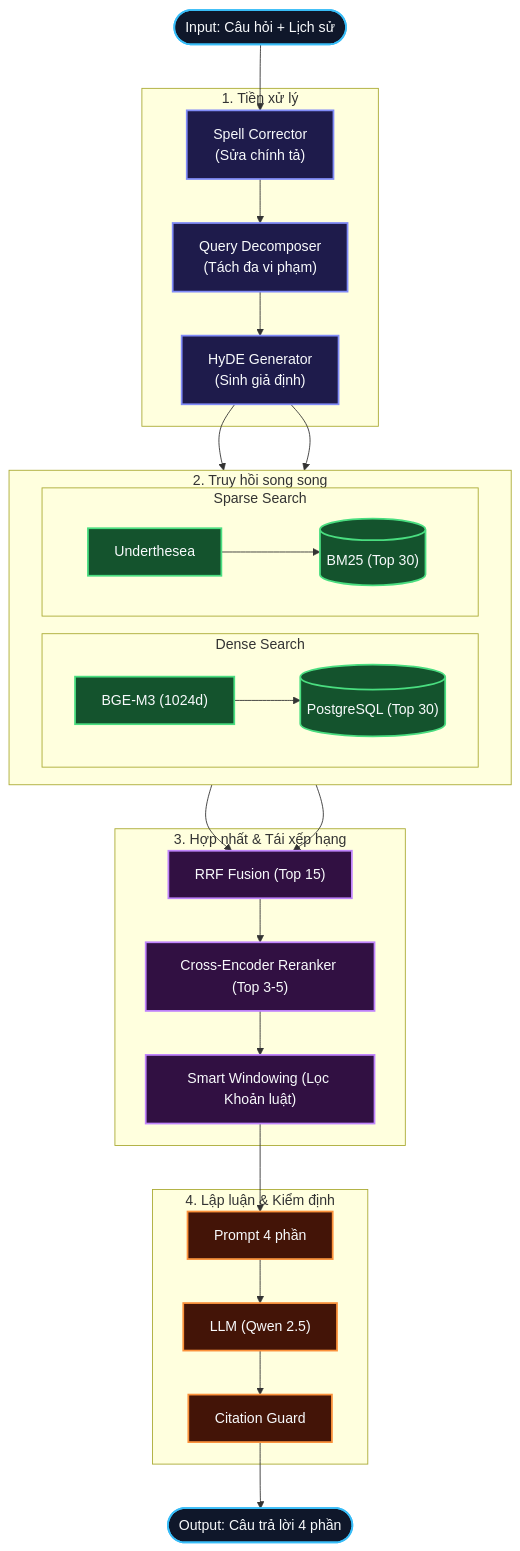
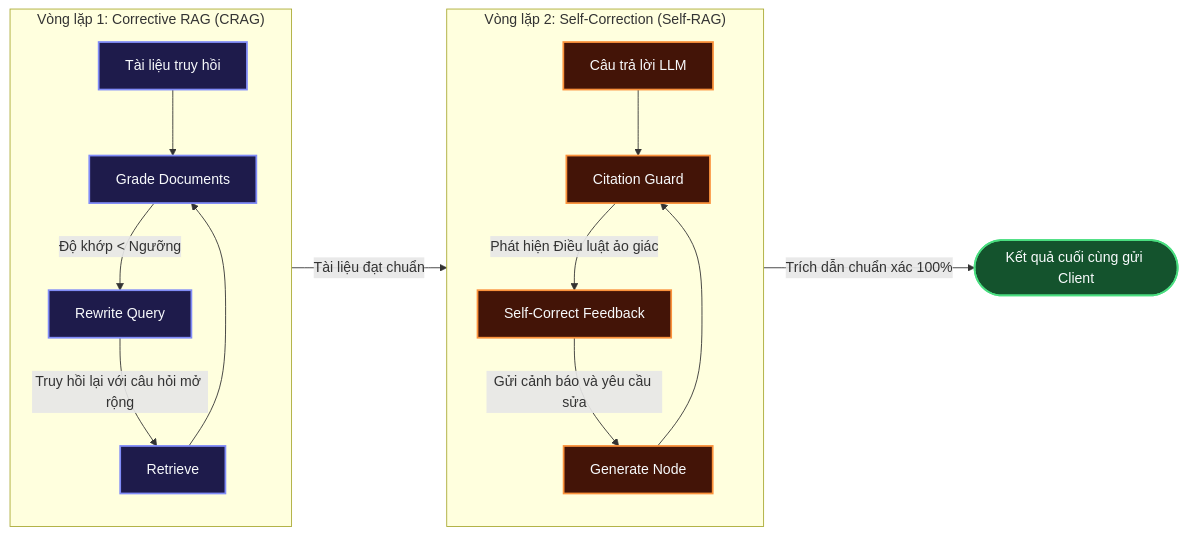
One commit to kaotun/vietnamese-legal-agentic-rag changed the second of 2 diagrams in README.md. Above: the diagram before and after it, drawn with Mermaid. The commit also changed other lines of this file and 13 other files, not shown here.

Commit message:
feat(agent): refactor monolithic LangGraph RAG into modular 10-node Agentic RAG with CRAG and Self-RAG loops

````diff
--- a/README.md
+++ b/README.md
@@ -83,54 +104,29 @@
 ```mermaid
-flowchart TD
-    InQuery(["Input: Câu hỏi + Lịch sử"]) --> Spell
-
-    subgraph Preprocess ["1. Tiền xử lý"]
-        Spell["Spell Corrector<br/>(Sửa chính tả)"] --> Decomp["Query Decomposer<br/>(Tách đa vi phạm)"]
-        Decomp --> HyDE["HyDE Generator<br/>(Sinh giả định)"]
+flowchart LR
+    subgraph CRAG_Loop ["Vòng lặp 1: Corrective RAG (CRAG)"]
+        direction TB
+        Q1["Tài liệu truy hồi"] --> GD["Grade Documents"]
+        GD -- "Độ khớp < Ngưỡng" --> RQ["Rewrite Query"]
+        RQ -- "Truy hồi lại với câu hỏi mở rộng" --> RT["Retrieve"]
+        RT --> GD
     end
 
-    subgraph DualRetrieval ["2. Truy hồi song song"]
-        direction LR
-        subgraph DenseBranch ["Dense Search"]
-            DenseEmbed["BGE-M3 (1024d)"] --> PgVector[("PostgreSQL (Top 30)")]
-        end
-        subgraph SparseBranch ["Sparse Search"]
-            Tokenizer["Underthesea"] --> BM25Okapi[("BM25 (Top 30)")]
-        end
+    subgraph SelfRAG_Loop ["Vòng lặp 2: Self-Correction (Self-RAG)"]
+        direction TB
+        A1["Câu trả lời LLM"] --> CG["Citation Guard"]
+        CG -- "Phát hiện Điều luật ảo giác" --> SC["Self-Correct Feedback"]
+        SC -- "Gửi cảnh báo và yêu cầu sửa" --> GN["Generate Node"]
+        GN --> CG
     end
 
-    HyDE --> DenseEmbed
-    HyDE --> Tokenizer
+    CRAG_Loop -- "Tài liệu đạt chuẩn" --> SelfRAG_Loop
+    SelfRAG_Loop -- "Trích dẫn chuẩn xác 100%" --> OutputSuccess(["Kết quả cuối cùng gửi Client"])
 
-    subgraph FusionRerank ["3. Hợp nhất & Tái xếp hạng"]
-        RRF["RRF Fusion (Top 15)"]
-        Rerank["Cross-Encoder Reranker (Top 3-5)"]
-        SmartWindow["Smart Windowing (Lọc Khoản luật)"]
-        RRF --> Rerank --> SmartWindow
-    end
+    classDef cragStyle fill:#1e1b4b,stroke:#818cf8,stroke-width:2px,color:#f8fafc;
+    classDef selfStyle fill:#431407,stroke:#fb923c,stroke-width:2px,color:#f8fafc;
+    classDef outStyle fill:#14532d,stroke:#4ade80,stroke-width:2px,color:#f8fafc;
 
-    PgVector --> RRF
-    BM25Okapi --> RRF
-
-    subgraph GenerationGuard ["4. Lập luận & Kiểm định"]
-        PromptBuilder["Prompt 4 phần"]
-        LLM["LLM (Qwen 2.5)"]
-        GuardCheck["Citation Guard"]
-        PromptBuilder --> LLM --> GuardCheck
-    end
-
-    SmartWindow --> PromptBuilder
-    GuardCheck --> OutResult(["Output: Câu trả lời 4 phần"])
-
-    classDef inputStyle fill:#0f172a,stroke:#38bdf8,stroke-width:2px,color:#f8fafc;
-    classDef preStyle fill:#1e1b4b,stroke:#818cf8,stroke-width:2px,color:#f8fafc;
-    classDef retStyle fill:#14532d,stroke:#4ade80,stroke-width:2px,color:#f8fafc;
-    classDef fuseStyle fill:#311042,stroke:#c084fc,stroke-width:2px,color:#f8fafc;
-    classDef genStyle fill:#431407,stroke:#fb923c,stroke-width:2px,color:#f8fafc;
-
-    class InQuery,OutResult inputStyle;
-    class Spell,Decomp,HyDE preStyle;
-    class DenseEmbed,PgVector,Tokenizer,BM25Okapi retStyle;
-    class RRF,Rerank,SmartWindow fuseStyle;
-    class PromptBuilder,LLM,GuardCheck genStyle;
+    class Q1,GD,RQ,RT cragStyle;
+    class A1,CG,SC,GN selfStyle;
+    class OutputSuccess outStyle;
 ```
````
